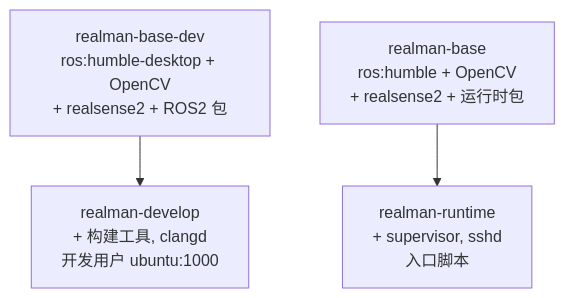
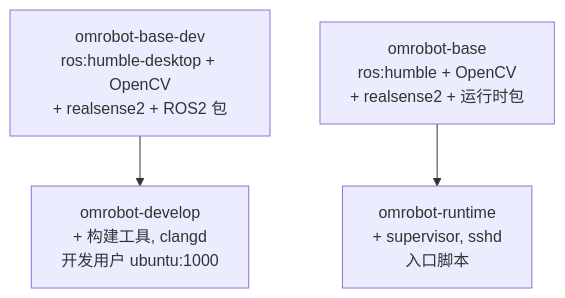
One commit to sunyuming53-byte/the_first_box changed the first of 4 diagrams in docs/DEVELOPMENT_CN.md. Above: the diagram before and after it, drawn with Mermaid. The commit also changed other lines of this file and 22 other files, not shown here.

````diff
--- a/docs/DEVELOPMENT_CN.md
+++ b/docs/DEVELOPMENT_CN.md
@@ -26,9 +26,9 @@
 ```mermaid
 graph TD
-    base_dev["realman-base-dev<br/>ros:humble-desktop + OpenCV<br/>+ realsense2 + ROS2 包"]
-    develop["realman-develop<br/>+ 构建工具, clangd<br/>开发用户 ubuntu:1000"]
-    base["realman-base<br/>ros:humble + OpenCV<br/>+ realsense2 + 运行时包"]
-    runtime["realman-runtime<br/>+ supervisor, sshd<br/>入口脚本"]
+    base_dev["omrobot-base-dev<br/>ros:humble-desktop + OpenCV<br/>+ realsense2 + ROS2 包"]
+    develop["omrobot-develop<br/>+ 构建工具, clangd<br/>开发用户 ubuntu:1000"]
+    base["omrobot-base<br/>ros:humble + OpenCV<br/>+ realsense2 + 运行时包"]
+    runtime["omrobot-runtime<br/>+ supervisor, sshd<br/>入口脚本"]
     base_dev --> develop
     base --> runtime
 ```
````
